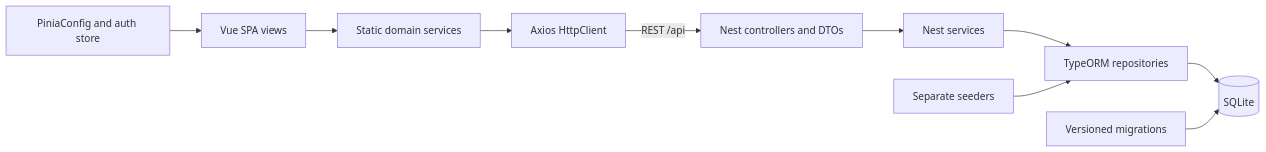
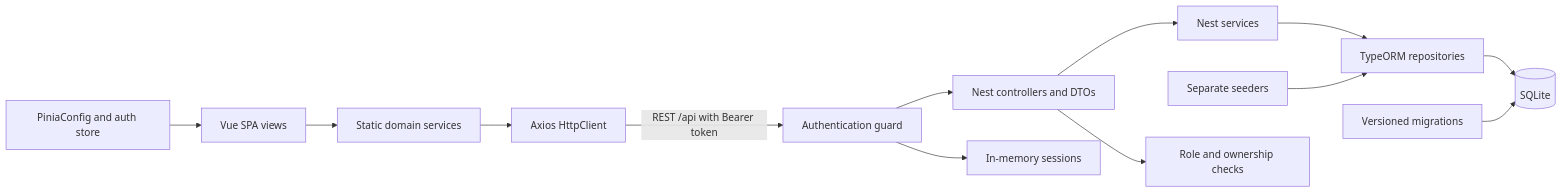
Before and after one commit to Pacha-e/KeyRing: the first of 3 diagrams in docs/diagrams/architecture.md, drawn with Mermaid. The commit also changed other lines of this file and 70 other files, not shown here.

````diff
--- a/docs/diagrams/architecture.md
+++ b/docs/diagrams/architecture.md
@@ -7,12 +7,15 @@
 ```mermaid
 flowchart LR
   Browser[Vue SPA views] --> Service[Static domain services]
   Service --> Http[Axios HttpClient]
-  Http -->|REST /api| Controller[Nest controllers and DTOs]
+  Http -->|REST /api with Bearer token| Guard[Authentication guard]
+  Guard --> Controller[Nest controllers and DTOs]
   Controller --> NestService[Nest services]
   NestService --> Repo[TypeORM repositories]
   Repo --> DB[(SQLite)]
   Migration[Versioned migrations] --> DB
   Seeder[Separate seeders] --> Repo
   Pinia[PiniaConfig and auth store] --> Browser
+  Guard --> Session[In-memory sessions]
+  Controller --> Auth[Role and ownership checks]
 ```
````
